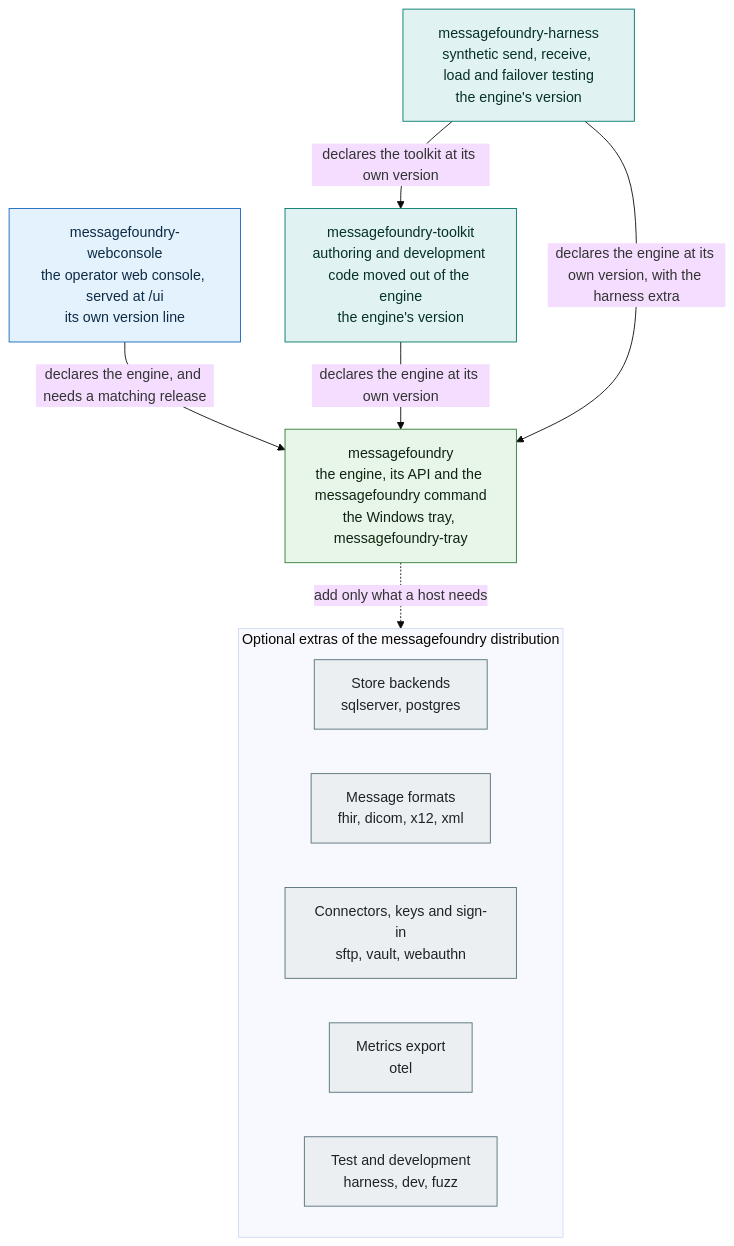
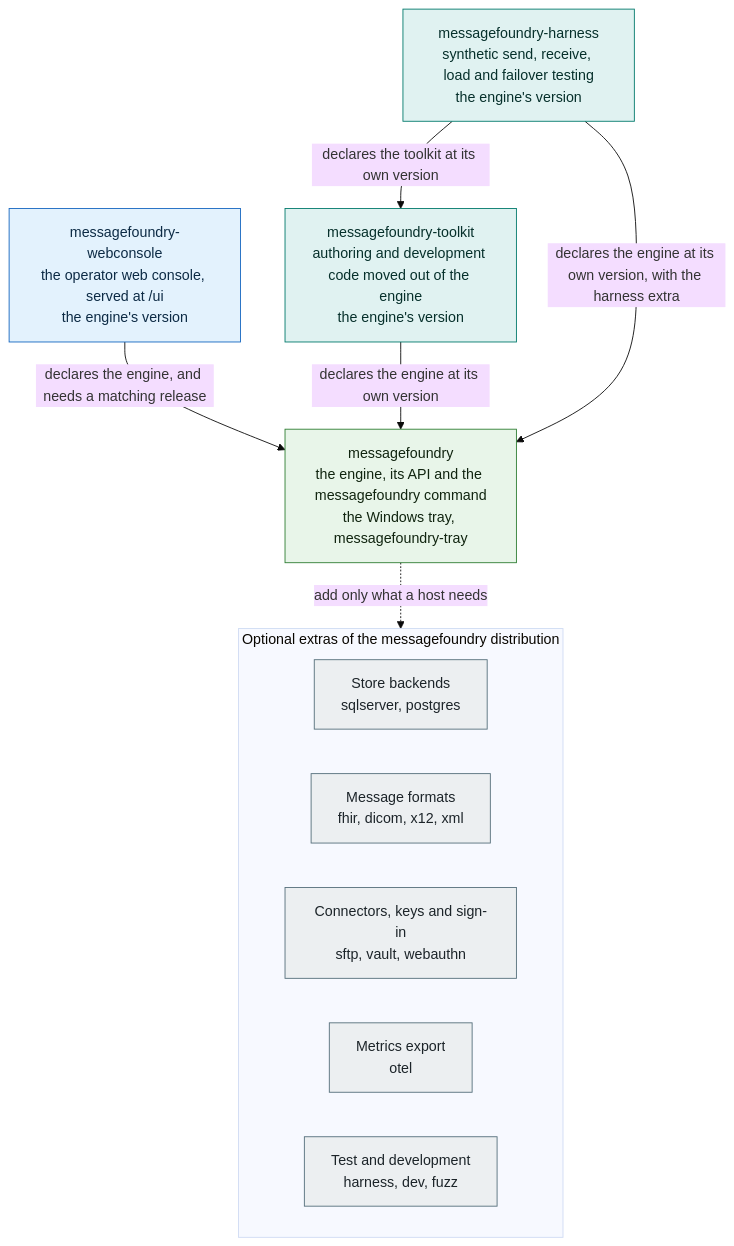
Before and after one commit to MEFORORG/MessageFoundry: the diagram in docs/INSTALL-GUIDE.md, drawn with Mermaid (base theme). The commit also changed other lines of this file and 19 other files, not shown here.

````diff
--- a/docs/INSTALL-GUIDE.md
+++ b/docs/INSTALL-GUIDE.md
@@ -21,27 +21,27 @@
 ```mermaid
 flowchart TB
   classDef core fill:#e8f5e9,stroke:#2e7d32,color:#10240f;
   classDef opstool fill:#e3f2fd,stroke:#1565c0,color:#0d2b45;
   classDef devtool fill:#e0f2f1,stroke:#00796b,color:#06302b;
   classDef ext fill:#eceff1,stroke:#546e7a,color:#1c2429;
 
-  CONSOLE["messagefoundry-webconsole<br/>the operator web console, served at /ui<br/>its own version line"]:::opstool
+  CONSOLE["messagefoundry-webconsole<br/>the operator web console, served at /ui<br/>the engine's version"]:::opstool
   TOOLKIT["messagefoundry-toolkit<br/>authoring and development code moved out of the engine<br/>the engine's version"]:::devtool
   HARNESS["messagefoundry-harness<br/>synthetic send, receive, load and failover testing<br/>the engine's version"]:::devtool
 
   ENGINE["messagefoundry<br/>the engine, its API and the messagefoundry command<br/>the Windows tray, messagefoundry-tray"]:::core
 
   subgraph EXTRAS["Optional extras of the messagefoundry distribution"]
     XSTORE["Store backends<br/>sqlserver, postgres"]:::ext
     XFORMAT["Message formats<br/>fhir, dicom, x12, xml"]:::ext
     XCONN["Connectors, keys and sign-in<br/>sftp, vault, webauthn"]:::ext
     XMETRIC["Metrics export<br/>otel"]:::ext
     XTEST["Test and development<br/>harness, dev, fuzz"]:::ext
   end
 
   CONSOLE -->|"declares the engine, and needs a matching release"| ENGINE
   TOOLKIT -->|"declares the engine at its own version"| ENGINE
   HARNESS -->|"declares the engine at its own version, with the harness extra"| ENGINE
   HARNESS -->|"declares the toolkit at its own version"| TOOLKIT
   ENGINE -.->|"add only what a host needs"| EXTRAS
 ```
````
